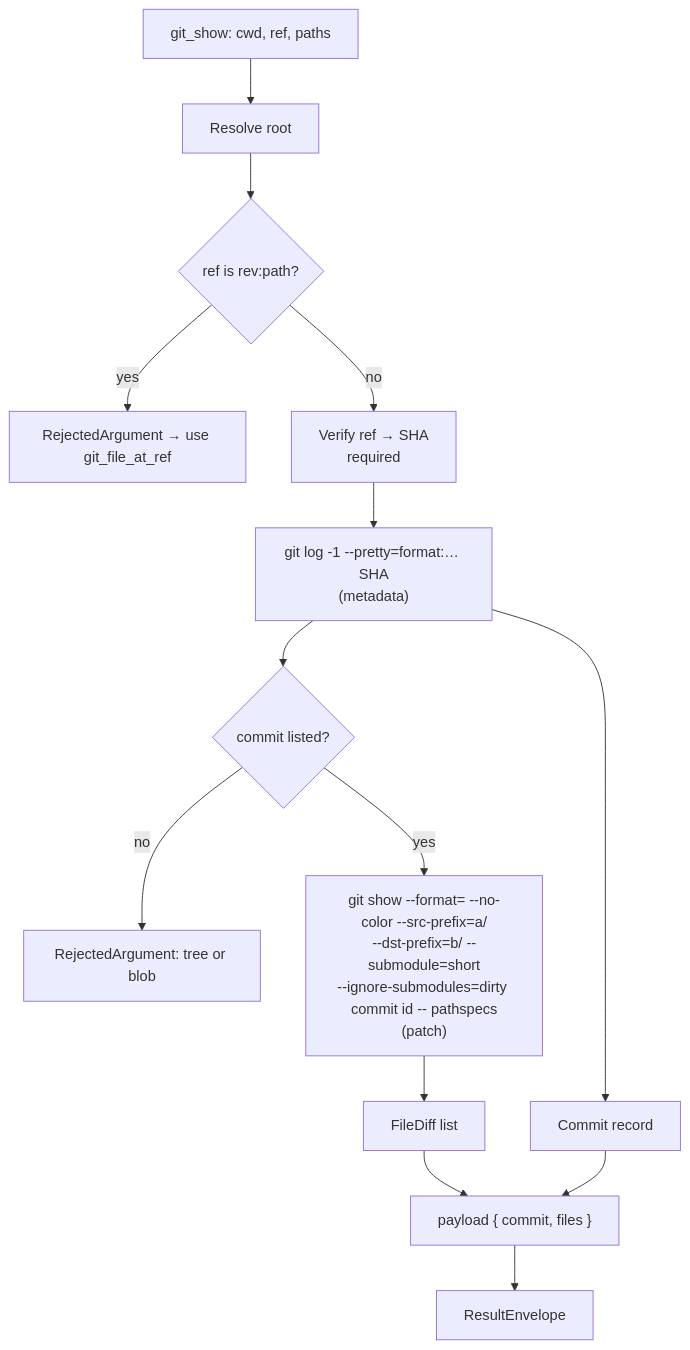
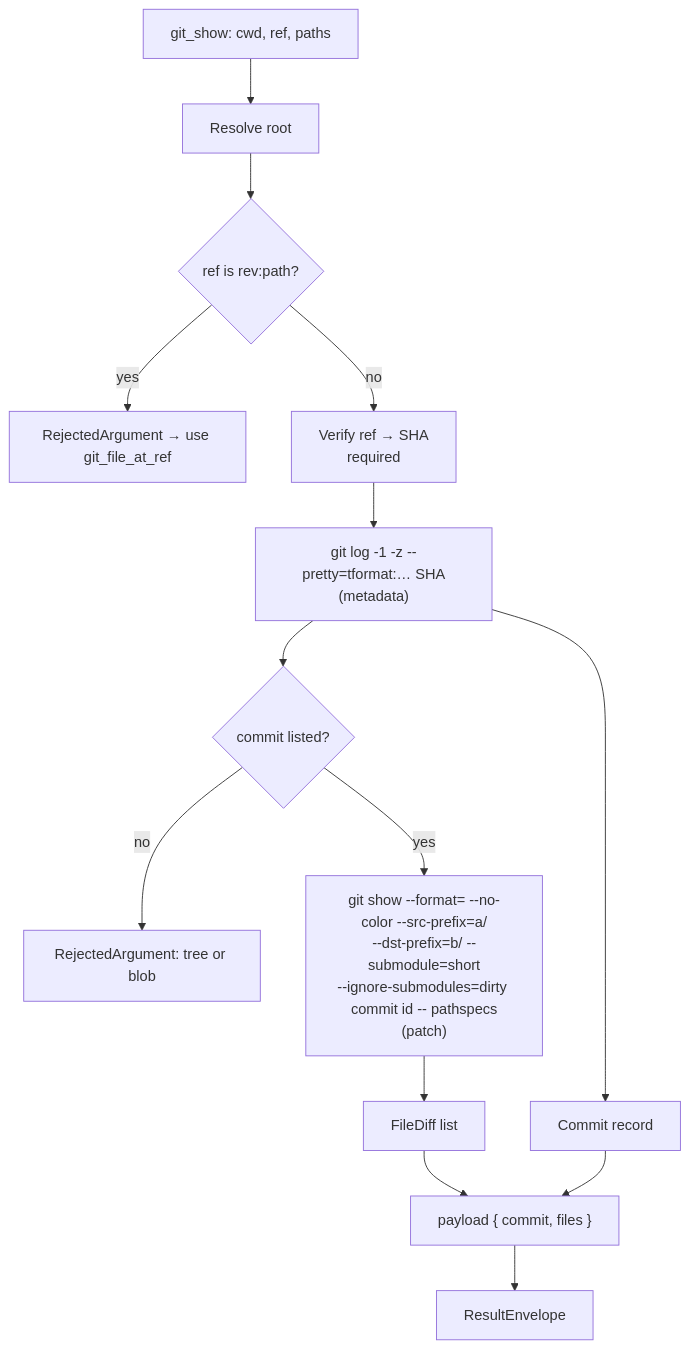
Before and after one commit to brenordv/mcp-toolset: the fifth of 15 diagrams in src/RaccoonNinja.McpToolset.Server.GitOps/README.md, drawn with Mermaid. The commit also changed other lines of this file and 36 other files, not shown here.

````diff
--- a/src/RaccoonNinja.McpToolset.Server.GitOps/README.md
+++ b/src/RaccoonNinja.McpToolset.Server.GitOps/README.md
@@ -249,16 +259,16 @@
 ```mermaid
 flowchart TD
     A[git_show: cwd, ref, paths] --> B[Resolve root]
     B --> R{ref is rev:path?}
     R -- yes --> X[RejectedArgument → use git_file_at_ref]
     R -- no --> C[Verify ref → SHA<br/>required]
-    C --> D["git log -1 --pretty=format:… SHA<br/>(metadata)"]
+    C --> D["git log -1 -z --pretty=tformat:… SHA<br/>(metadata)"]
     D --> N{commit listed?}
     N -- no --> Y[RejectedArgument: tree or blob]
     N -- yes --> E["git show --format= --no-color --src-prefix=a/<br/>--dst-prefix=b/ --submodule=short<br/>--ignore-submodules=dirty commit id -- pathspecs<br/>(patch)"]
     D --> F[Commit record]
     E --> G[FileDiff list]
     F --> H["payload { commit, files }"]
     G --> H
     H --> I[ResultEnvelope]
 ```
````
